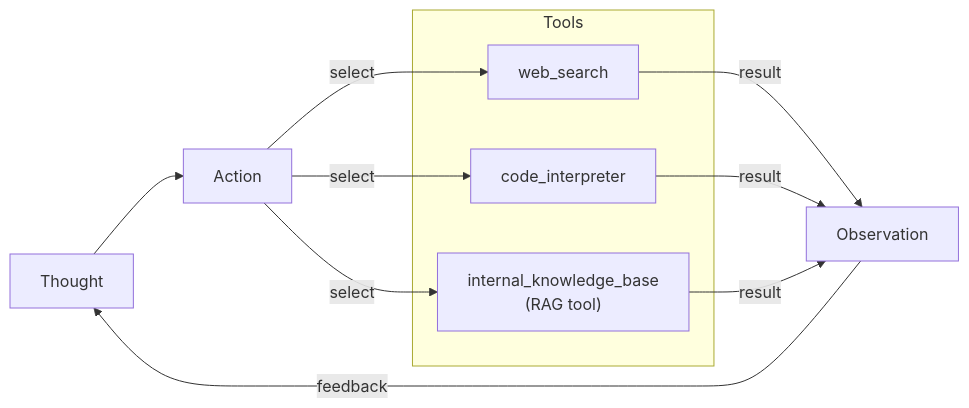
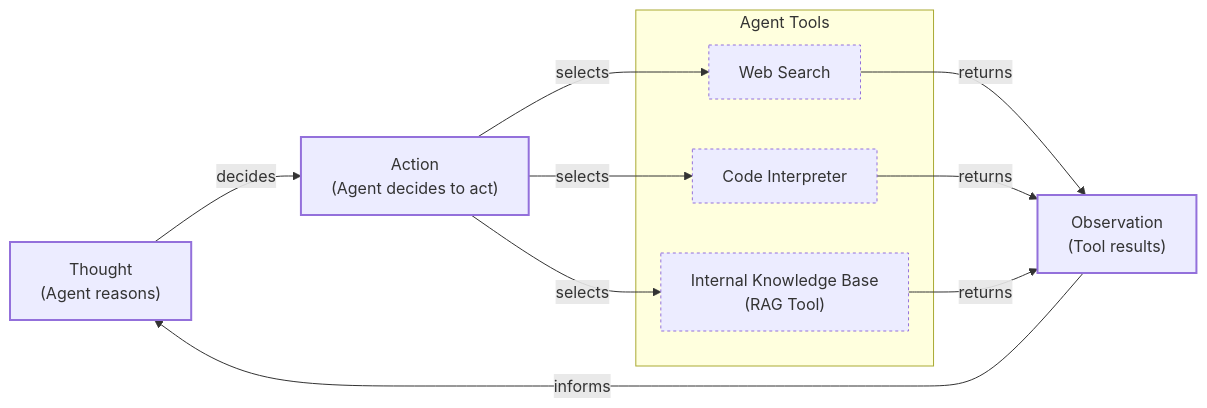
Before and after one commit to YMaXing/Research-Agent-reinforced-by-RL: the fourth of 4 diagrams in RL_researcher_writer_ymaxing/rl_training_data/noise_experiment/09_RAG__var_standard__replicate2__preset0/article_000.md, drawn with Mermaid. The commit also changed other lines of this file and 4528 other files, not shown here.

````diff
--- a/RL_researcher_writer_ymaxing/rl_training_data/noise_experiment/09_RAG__var_standard__replicate2__preset0/article_000.md
+++ b/RL_researcher_writer_ymaxing/rl_training_data/noise_experiment/09_RAG__var_standard__replicate2__preset0/article_000.md
@@ -191,20 +190,30 @@
 ```mermaid
 flowchart LR
-    Thought["Thought"] --> Action["Action"]
+  %% Agent's Main Loop
+  A["Thought<br/>(Agent reasons)"]
+  B["Action<br/>(Agent decides to act)"]
+  F["Observation<br/>(Tool results)"]
 
-    subgraph Tools["Tools"]
-        web_search["web_search"]
-        code_interpreter["code_interpreter"]
-        internal_knowledge_base["internal_knowledge_base<br/>(RAG tool)"]
-    end
+  subgraph Tools["Agent Tools"]
+    C["Web Search"]
+    D["Code Interpreter"]
+    E["Internal Knowledge Base<br/>(RAG Tool)"]
+  end
 
-    Action -- "select" --> web_search
-    Action -- "select" --> code_interpreter
-    Action -- "select" --> internal_knowledge_base
+  A -- "decides" --> B
+  B -- "selects" --> C
+  B -- "selects" --> D
+  B -- "selects" --> E
 
-    web_search -- "result" --> Observation["Observation"]
-    code_interpreter -- "result" --> Observation
-    internal_knowledge_base -- "result" --> Observation
+  C -- "returns" --> F
+  D -- "returns" --> F
+  E -- "returns" --> F
 
-    Observation -- "feedback" --> Thought
+  F -- "informs" --> A
+
+  %% Visual grouping
+  classDef main_loop stroke-width:2px
+  classDef tool_group stroke-dasharray:3,3
+  class A,B,F main_loop
+  class C,D,E tool_group
 ```
````
